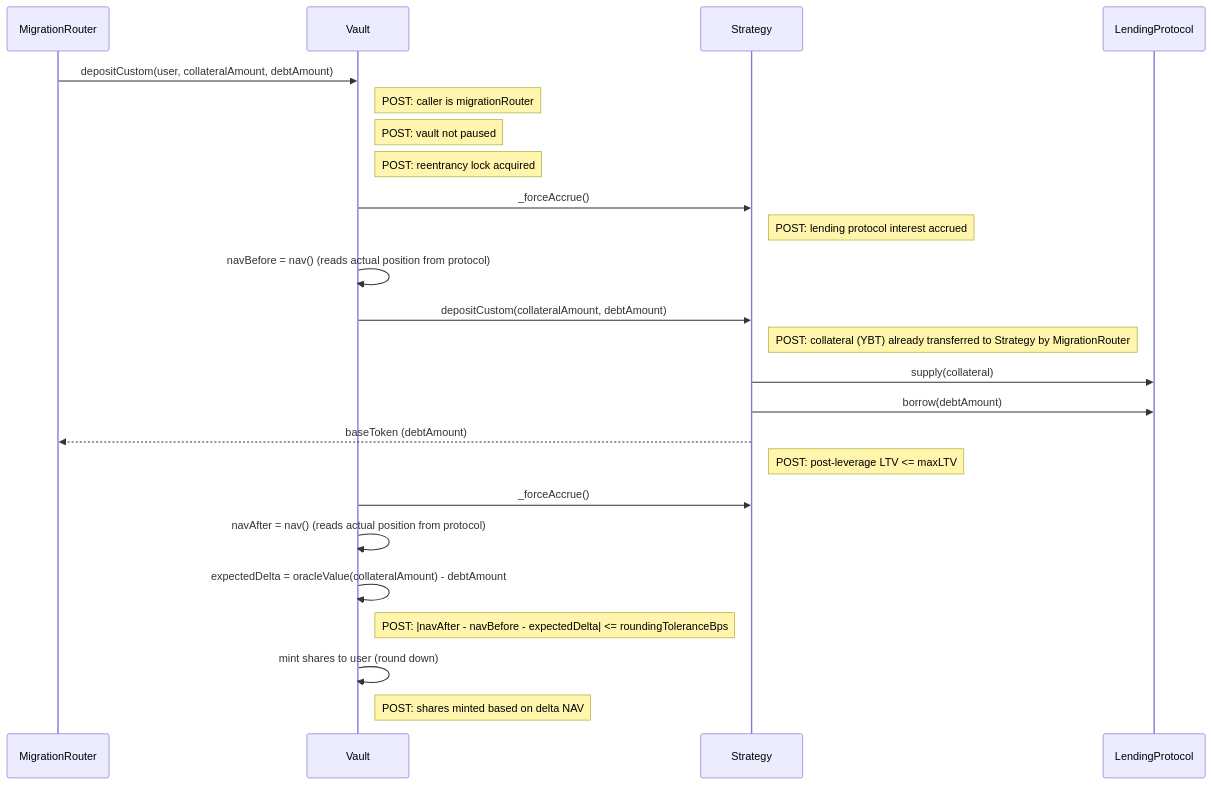
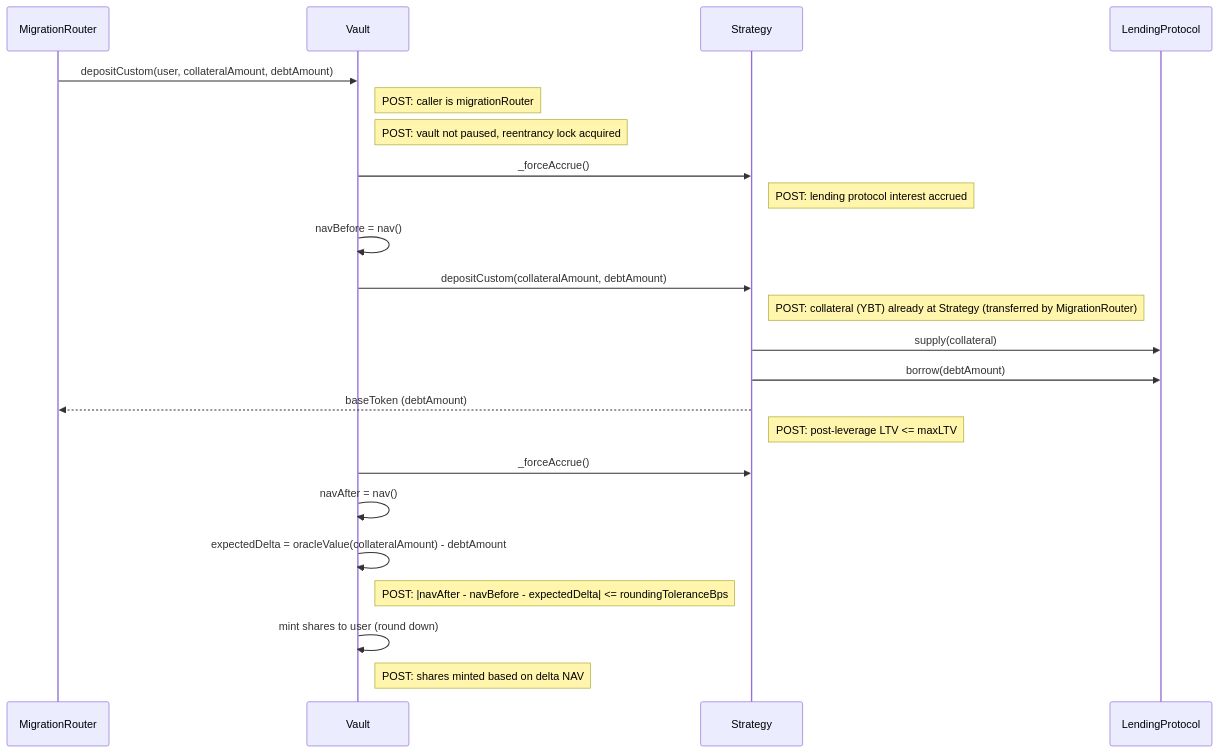
One commit to evgenynacu/leverage-vaults changed the eighth of 20 diagrams in docs/architecture/call-diagrams.md. Above: the diagram before and after it, drawn with Mermaid. The commit also changed other lines of this file and 25 other files, not shown here.

````diff
--- a/docs/architecture/call-diagrams.md
+++ b/docs/architecture/call-diagrams.md
@@ -166,22 +161,21 @@
 ```mermaid
 sequenceDiagram
     MigrationRouter->>Vault: depositCustom(user, collateralAmount, debtAmount)
     note right of Vault: POST: caller is migrationRouter
-    note right of Vault: POST: vault not paused
-    note right of Vault: POST: reentrancy lock acquired
+    note right of Vault: POST: vault not paused, reentrancy lock acquired
     Vault->>Strategy: _forceAccrue()
     note right of Strategy: POST: lending protocol interest accrued
-    Vault->>Vault: navBefore = nav() (reads actual position from protocol)
+    Vault->>Vault: navBefore = nav()
     Vault->>Strategy: depositCustom(collateralAmount, debtAmount)
-    note right of Strategy: POST: collateral (YBT) already transferred to Strategy by MigrationRouter
+    note right of Strategy: POST: collateral (YBT) already at Strategy (transferred by MigrationRouter)
     Strategy->>LendingProtocol: supply(collateral)
     Strategy->>LendingProtocol: borrow(debtAmount)
     Strategy-->>MigrationRouter: baseToken (debtAmount)
     note right of Strategy: POST: post-leverage LTV <= maxLTV
     Vault->>Strategy: _forceAccrue()
-    Vault->>Vault: navAfter = nav() (reads actual position from protocol)
+    Vault->>Vault: navAfter = nav()
     Vault->>Vault: expectedDelta = oracleValue(collateralAmount) - debtAmount
     note right of Vault: POST: |navAfter - navBefore - expectedDelta| <= roundingToleranceBps
     Vault->>Vault: mint shares to user (round down)
     note right of Vault: POST: shares minted based on delta NAV
 ```
````
